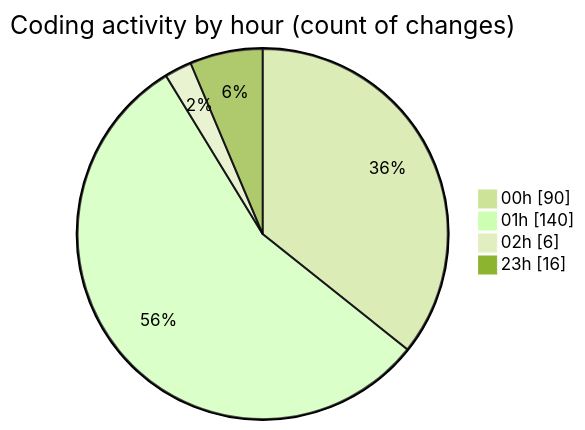
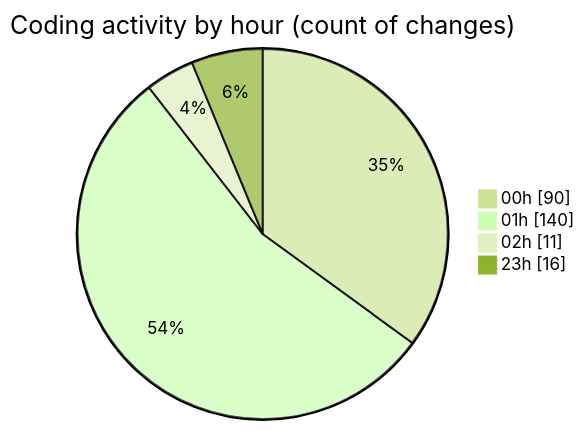
The second of 2 diagrams in 2025-05-26/projects/README.md (Ritupan-Deka/code-tracking), drawn with Mermaid (forest theme) before and after one commit. The commit also changed other lines of this file and 1 other file, not shown here.

````diff
--- a/2025-05-26/projects/README.md
+++ b/2025-05-26/projects/README.md
@@ -33,8 +33,8 @@
 ```mermaid
 pie showData
 title Coding activity by hour (count of changes)
 "00h" : 90
 "01h" : 140
-"02h" : 6
+"02h" : 11
 "23h" : 16
 ```
````
